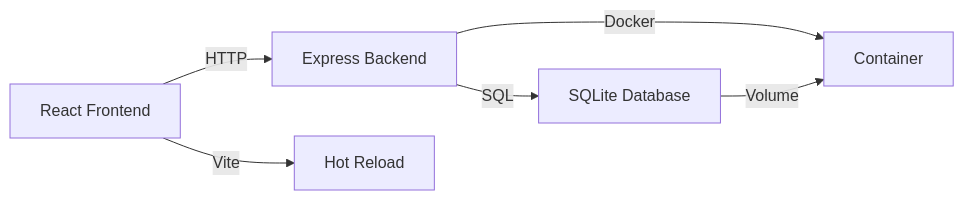
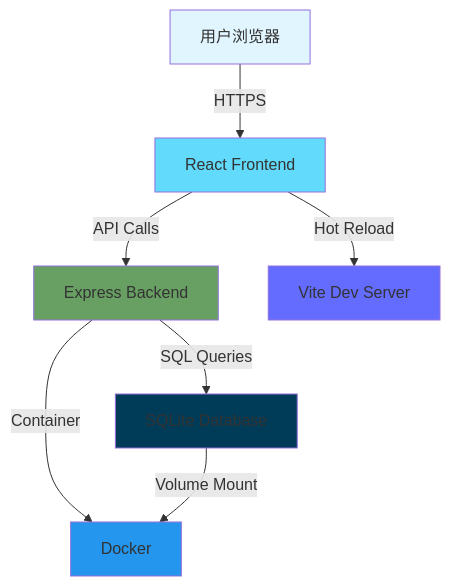
Before and after one commit to zengwenliang416/password-generator: the diagram in README.md, drawn with Mermaid. The commit also changed other lines of this file, not shown here.

````diff
--- a/README.md
+++ b/README.md
@@ -184,8 +269,16 @@
 ```mermaid
-graph LR
-    A[React Frontend] -->|HTTP| B[Express Backend]
-    B -->|SQL| C[SQLite Database]
-    A -->|Vite| D[Hot Reload]
-    B -->|Docker| E[Container]
-    C -->|Volume| E
+graph TB
+    A[用户浏览器] -->|HTTPS| B[React Frontend]
+    B -->|API Calls| C[Express Backend]
+    C -->|SQL Queries| D[SQLite Database]
+    B -->|Hot Reload| E[Vite Dev Server]
+    C -->|Container| F[Docker]
+    D -->|Volume Mount| F
+
+    style A fill:#e1f5ff
+    style B fill:#61dafb
+    style C fill:#68a063
+    style D fill:#003b57
+    style E fill:#646cff
+    style F fill:#2496ed
 ```
````
